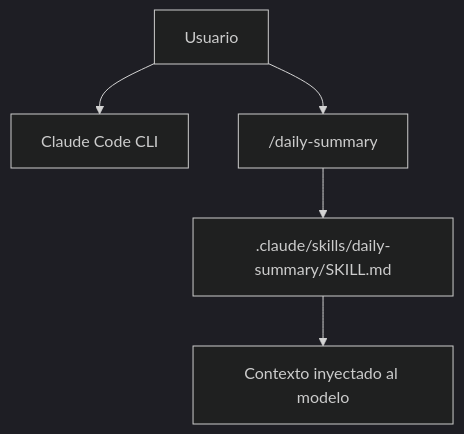
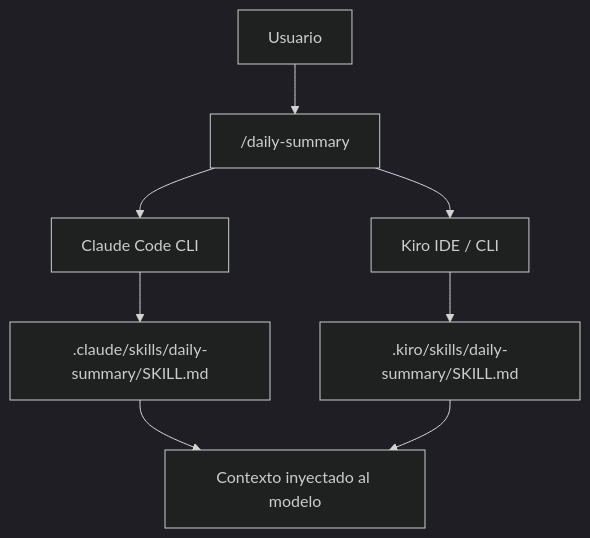
Before and after one commit to HectorAndradeBayteq/taller-sdd: the diagram in etapa-1/laboratorios/skills/fundamentos/README.md, drawn with Mermaid (dark theme). The commit also changed other lines of this file and 1 other file, not shown here.

Commit message:
feat(skills): add Kiro support to skills fundamentals lab

````diff
--- a/etapa-1/laboratorios/skills/fundamentos/README.md
+++ b/etapa-1/laboratorios/skills/fundamentos/README.md
@@ -97,7 +106,10 @@
 ```mermaid
 flowchart TD
-    U[Usuario] --> CC[Claude Code CLI]
-    U --> DS["/daily-summary"]
-    DS --> SK[.claude/skills/daily-summary/SKILL.md]
+    U[Usuario] --> DS["/daily-summary"]
+    DS --> CC[Claude Code CLI]
+    DS --> KR[Kiro IDE / CLI]
+    CC --> SK[.claude/skills/daily-summary/SKILL.md]
+    KR --> SKK[.kiro/skills/daily-summary/SKILL.md]
     SK --> CTX[Contexto inyectado al modelo]
+    SKK --> CTX
 ```
````
